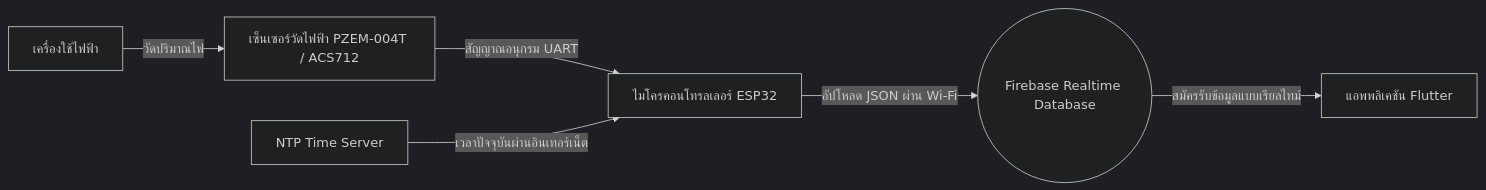
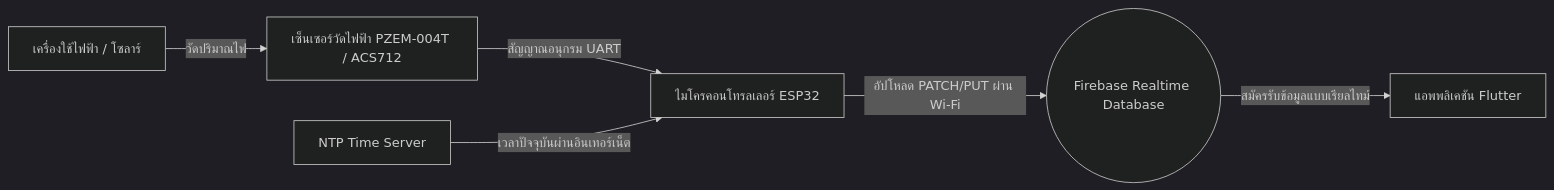
The first of 3 diagrams in chapter3_ui_methodology.md (Narathon082/projectGA), drawn with Mermaid (dark theme) before and after one commit. The commit also changed other lines of this file and 2 other files, not shown here.

````diff
--- a/chapter3_ui_methodology.md
+++ b/chapter3_ui_methodology.md
@@ -46,8 +36,8 @@
 ```mermaid
 graph LR
-    A[เครื่องใช้ไฟฟ้า] -->|วัดปริมาณไฟ| B[เซ็นเซอร์วัดไฟฟ้า PZEM-004T / ACS712]
+    A[เครื่องใช้ไฟฟ้า / โซลาร์] -->|วัดปริมาณไฟ| B[เซ็นเซอร์วัดไฟฟ้า PZEM-004T / ACS712]
     B -->|สัญญาณอนุกรม UART| C[ไมโครคอนโทรลเลอร์ ESP32]
     D[NTP Time Server] -->|เวลาปัจจุบันผ่านอินเทอร์เน็ต| C
-    C -->|อัปโหลด JSON ผ่าน Wi-Fi| E((Firebase Realtime Database))
+    C -->|อัปโหลด PATCH/PUT ผ่าน Wi-Fi| E((Firebase Realtime Database))
     E -->|สมัครรับข้อมูลแบบเรียลไทม์| F[แอพพลิเคชัน Flutter]
 ```
````
